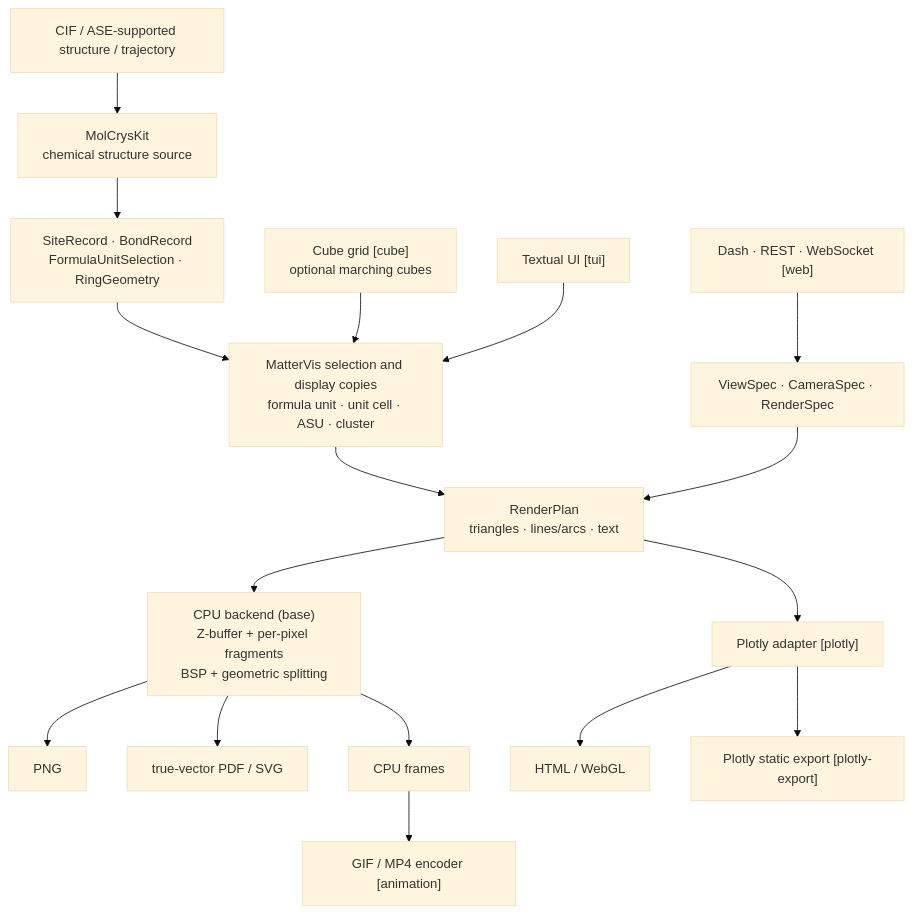
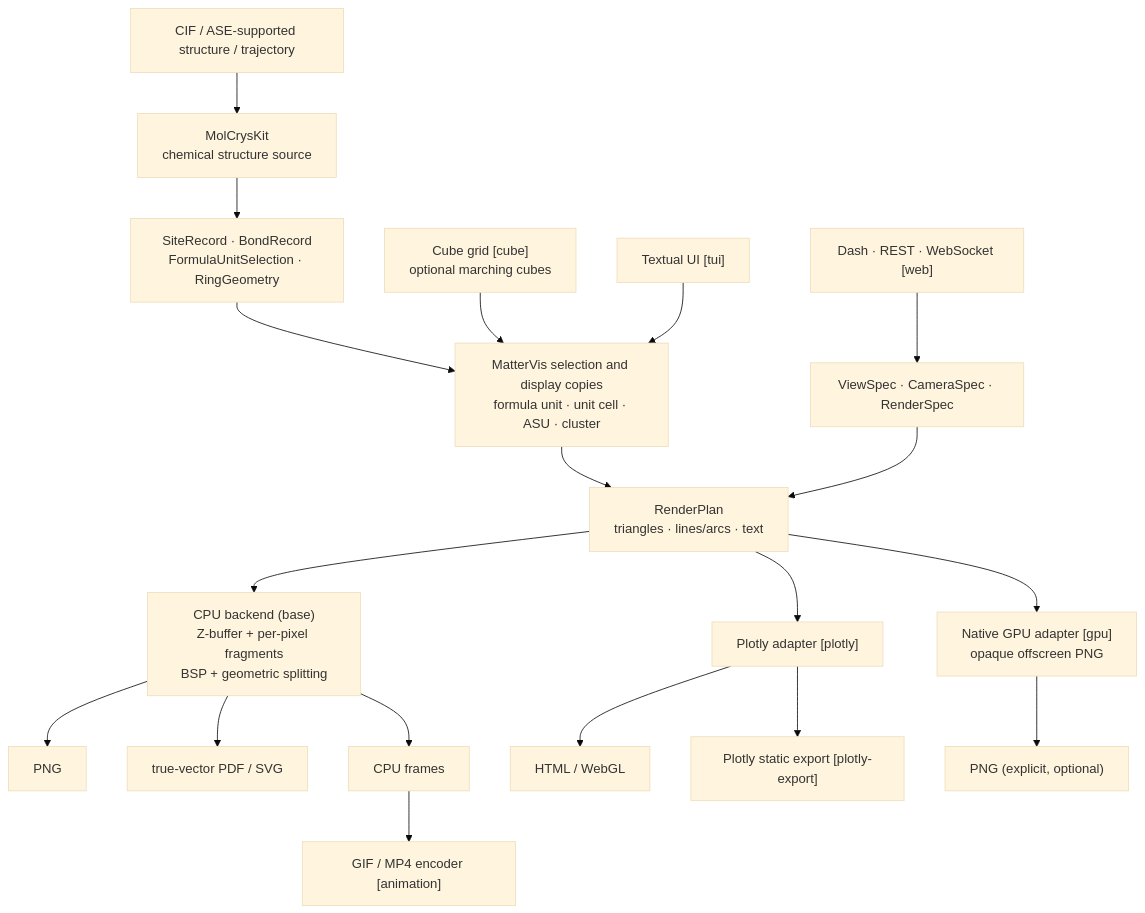
Before and after one commit to SchrodingersCattt/MatterVis: the diagram in docs/architecture.md, drawn with Mermaid (base theme). The commit also changed other lines of this file and 13 other files, not shown here.

Commit message:
feat: add optional native GPU PNG backend

````diff
--- a/docs/architecture.md
+++ b/docs/architecture.md
@@ -8,26 +8,28 @@
 ```mermaid
 flowchart TB
     input["CIF / ASE-supported structure / trajectory"]
     mck["MolCrysKit\nchemical structure source"]
     records["SiteRecord · BondRecord\nFormulaUnitSelection · RingGeometry"]
     select["MatterVis selection and display copies\nformula unit · unit cell · ASU · cluster"]
     specs["ViewSpec · CameraSpec · RenderSpec"]
     plan["RenderPlan\ntriangles · lines/arcs · text"]
 
     input --> mck --> records --> select
     select --> plan
     specs --> plan
 
     plan --> cpu["CPU backend (base)\nZ-buffer + per-pixel fragments\nBSP + geometric splitting"]
     plan --> plotly["Plotly adapter [plotly]"]
+    plan --> gpu["Native GPU adapter [gpu]\nopaque offscreen PNG"]
     cpu --> png["PNG"]
     cpu --> vector["true-vector PDF / SVG"]
     cpu --> frames["CPU frames"]
     frames --> animation["GIF / MP4 encoder [animation]"]
     plotly --> html["HTML / WebGL"]
     plotly --> kaleido["Plotly static export [plotly-export]"]
+    gpu --> gpu_png["PNG (explicit, optional)"]
 
     cube["Cube grid [cube]\noptional marching cubes"] --> select
     web["Dash · REST · WebSocket [web]"] --> specs
     tui["Textual UI [tui]"] --> select
 ```
````
